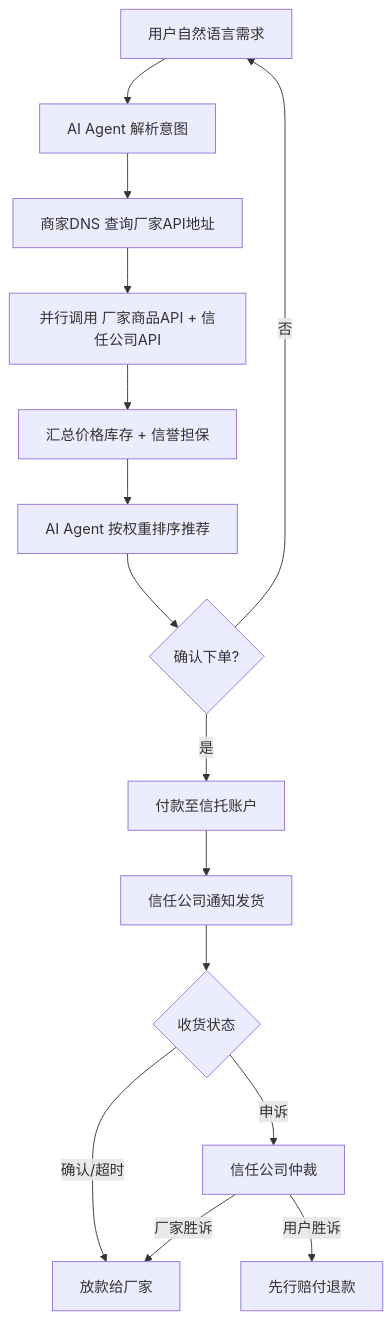
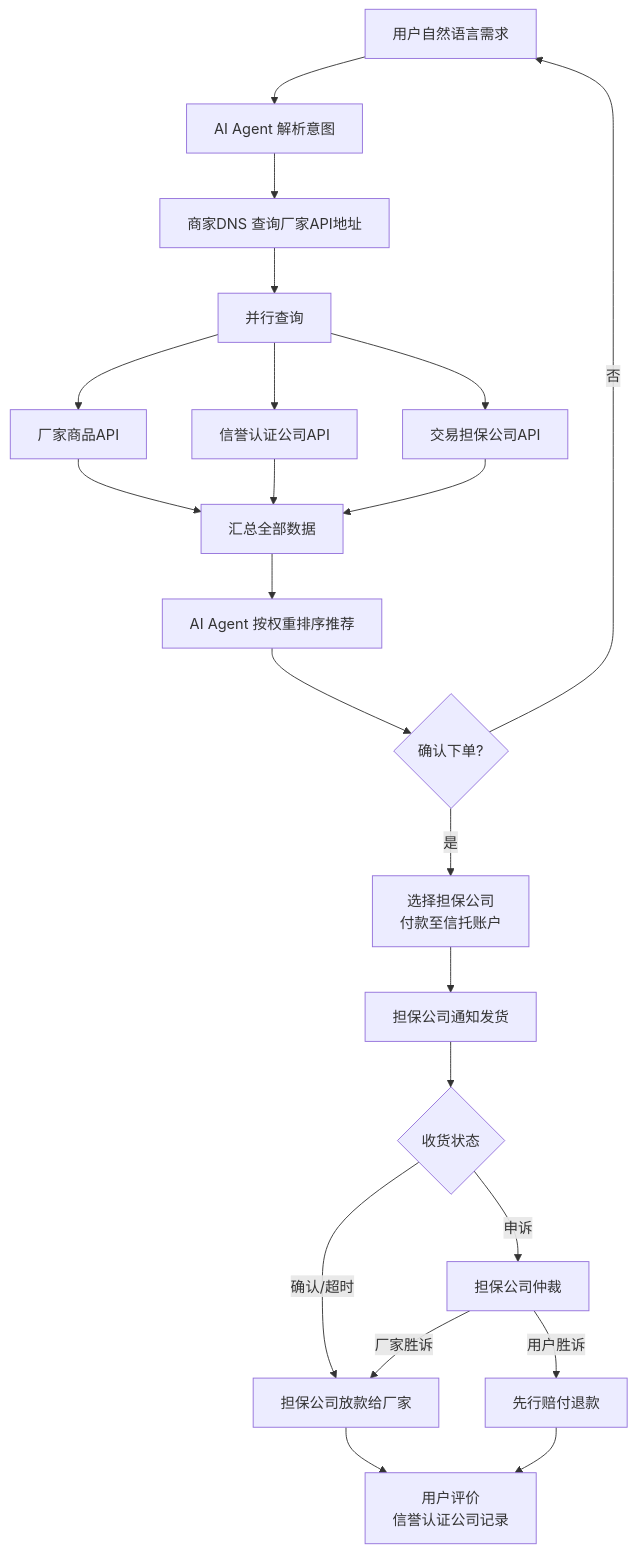
The second of 7 diagrams in 中文简体/AI购物新范式.md (kaicen-x/ai-shopping-paradigm), drawn with Mermaid before and after one commit. The commit also changed other lines of this file and 4 other files, not shown here.

````diff
--- a/中文简体/AI购物新范式.md
+++ b/中文简体/AI购物新范式.md
@@ -41,17 +46,24 @@
 ```mermaid
 flowchart TD
- A[用户自然语言需求] --> B[AI Agent 解析意图]
- B --> C[商家DNS 查询厂家API地址]
- C --> D[并行调用 厂家商品API + 信任公司API]
- D --> E[汇总价格库存 + 信誉担保]
- E --> F[AI Agent 按权重排序推荐]
- F --> G{确认下单?}
- G -->|否| A
- G -->|是| H[付款至信托账户]
- H --> I[信任公司通知发货]
- I --> J{收货状态}
- J -->|确认/超时| K[放款给厂家]
- J -->|申诉| L[信任公司仲裁]
- L -->|用户胜诉| M[先行赔付退款]
- L -->|厂家胜诉| K
+    A[用户自然语言需求] --> B[AI Agent 解析意图]
+    B --> C[商家DNS 查询厂家API地址]
+    C --> D[并行查询]
+    D --> D1[厂家商品API]
+    D --> D2[信誉认证公司API]
+    D --> D3[交易担保公司API]
+    D1 --> E[汇总全部数据]
+    D2 --> E
+    D3 --> E
+    E --> F[AI Agent 按权重排序推荐]
+    F --> G{确认下单?}
+    G -->|否| A
+    G -->|是| H[选择担保公司<br/>付款至信托账户]
+    H --> I[担保公司通知发货]
+    I --> J{收货状态}
+    J -->|确认/超时| K[担保公司放款给厂家]
+    J -->|申诉| L[担保公司仲裁]
+    L -->|用户胜诉| M[先行赔付退款]
+    L -->|厂家胜诉| K
+    K --> N[用户评价<br/>信誉认证公司记录]
+    M --> N
 ```
````
